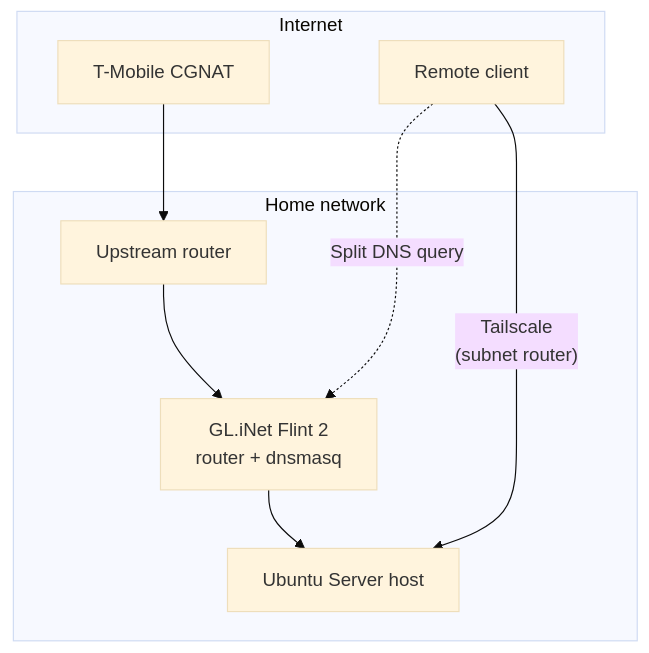
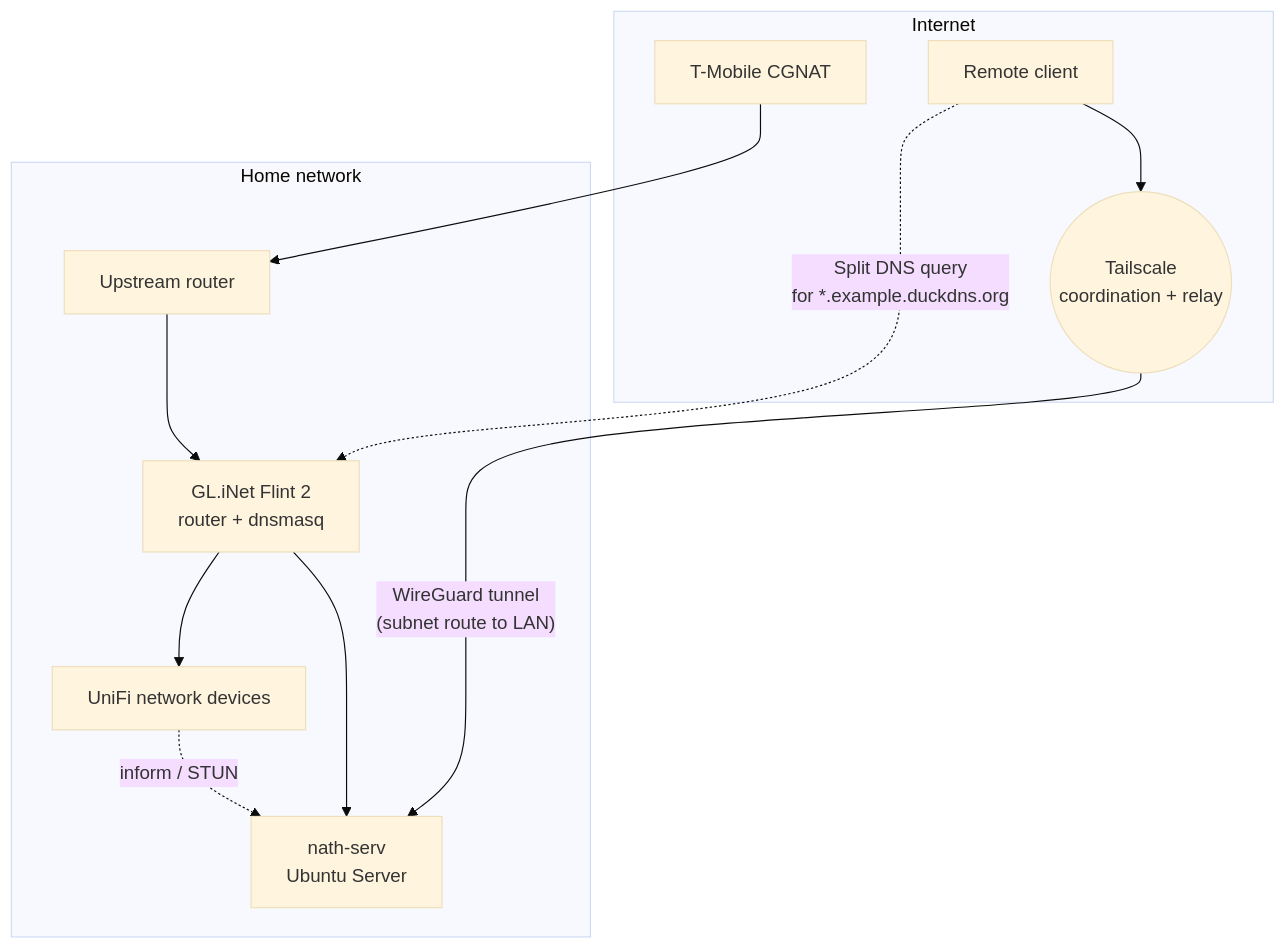
Before and after one commit to schultzn6619/homelab-documentation: the first of 2 diagrams in README.md, drawn with Mermaid (base theme). The commit also changed other lines of this file and 30 other files, not shown here.

````diff
--- a/README.md
+++ b/README.md
@@ -27,16 +32,20 @@
 ```mermaid
 flowchart TB
     subgraph WAN[Internet]
         ISP[T-Mobile CGNAT]
         Remote[Remote client]
+        TS((Tailscale<br/>coordination + relay))
     end
 
     subgraph Home[Home network]
         Old[Upstream router] --> Flint["GL.iNet Flint 2<br/>router + dnsmasq"]
-        Flint --> Host[Ubuntu Server host]
+        Flint --> Host["nath-serv<br/>Ubuntu Server"]
+        Flint --> UniFi[UniFi network devices]
     end
 
     ISP --> Old
-    Remote -- "Tailscale<br/>(subnet router)" --> Host
-    Remote -. "Split DNS query" .-> Flint
+    Remote --> TS
+    TS -- "WireGuard tunnel<br/>(subnet route to LAN)" --> Host
+    Remote -. "Split DNS query<br/>for *.example.duckdns.org" .-> Flint
+    UniFi -. "inform / STUN" .-> Host
 ```
````
